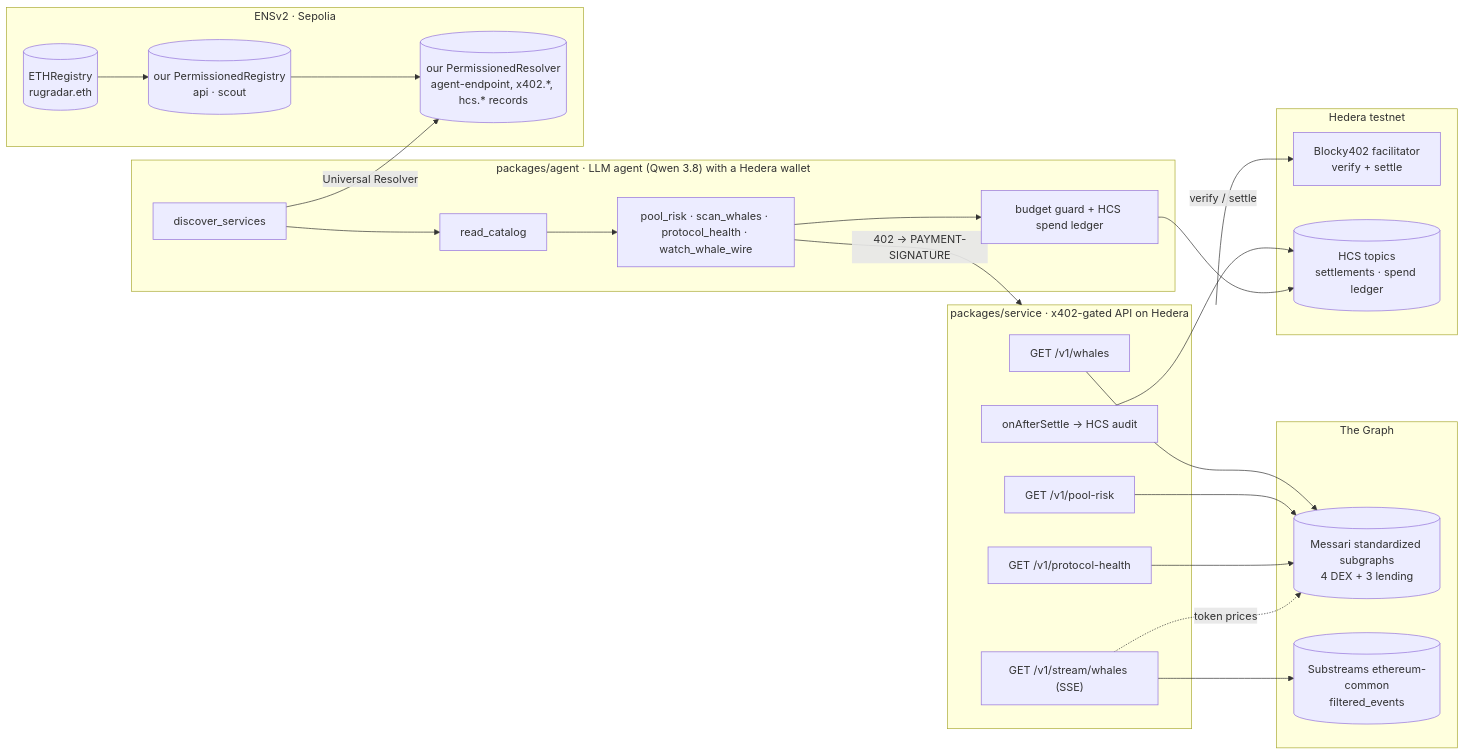
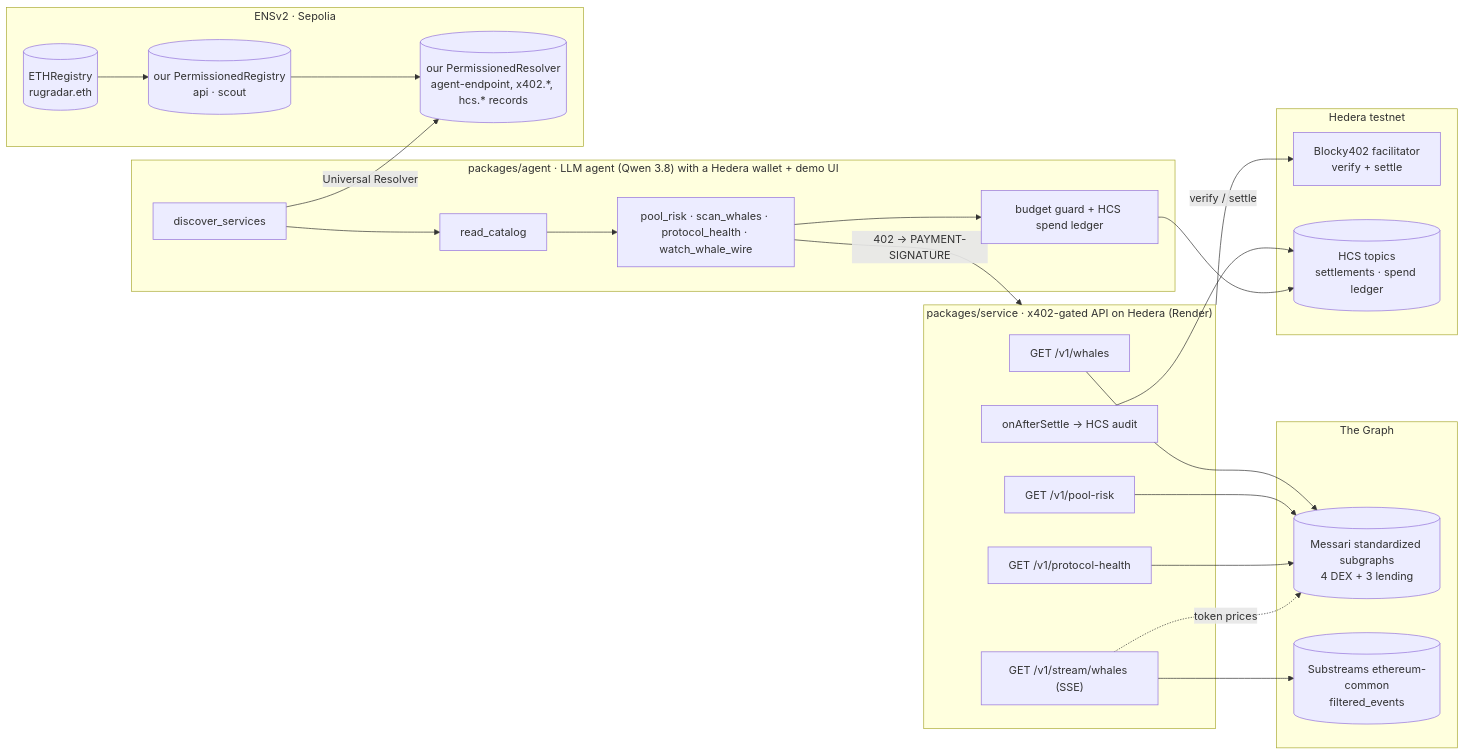
Before and after one commit to chinesepowered/hack-ethonline2026: the first of 2 diagrams in README.md, drawn with Mermaid. The commit also changed other lines of this file and 14 other files, not shown here.

````diff
--- a/README.md
+++ b/README.md
@@ -36,42 +51,42 @@
 ```mermaid
 flowchart LR
-  subgraph Agent["packages/agent · LLM agent (Qwen 3.8) with a Hedera wallet"]
+  subgraph Agent["packages/agent · LLM agent (Qwen 3.8) with a Hedera wallet + demo UI"]
     A1["discover_services"] --> A2["read_catalog"]
     A2 --> A3["pool_risk · scan_whales · protocol_health · watch_whale_wire"]
     A3 --> A4["budget guard + HCS spend ledger"]
   end
 
   subgraph ENS["ENSv2 · Sepolia"]
     E1[("ETHRegistry<br/>rugradar.eth")] --> E2[("our PermissionedRegistry<br/>api · scout")]
     E2 --> E3[("our PermissionedResolver<br/>agent-endpoint, x402.*, hcs.* records")]
   end
 
-  subgraph Service["packages/service · x402-gated API on Hedera"]
+  subgraph Service["packages/service · x402-gated API on Hedera (Render)"]
     S1["GET /v1/whales"]
     S2["GET /v1/pool-risk"]
     S3["GET /v1/protocol-health"]
     S4["GET /v1/stream/whales (SSE)"]
     S5["onAfterSettle → HCS audit"]
   end
 
   subgraph Graph["The Graph"]
     G1[("Messari standardized subgraphs<br/>4 DEX + 3 lending")]
     G2[("Substreams ethereum-common<br/>filtered_events")]
   end
 
   subgraph Hedera["Hedera testnet"]
     H1["Blocky402 facilitator<br/>verify + settle"]
     H2[("HCS topics<br/>settlements · spend ledger")]
   end
 
   A1 -- "Universal Resolver" --> E3
   A3 -- "402 → PAYMENT-SIGNATURE" --> Service
   Service -- "verify / settle" --> H1
   S1 --> G1
   S2 --> G1
   S3 --> G1
   S4 --> G2
   S4 -. "token prices" .-> G1
   S5 --> H2
   A4 --> H2
 ```
````
